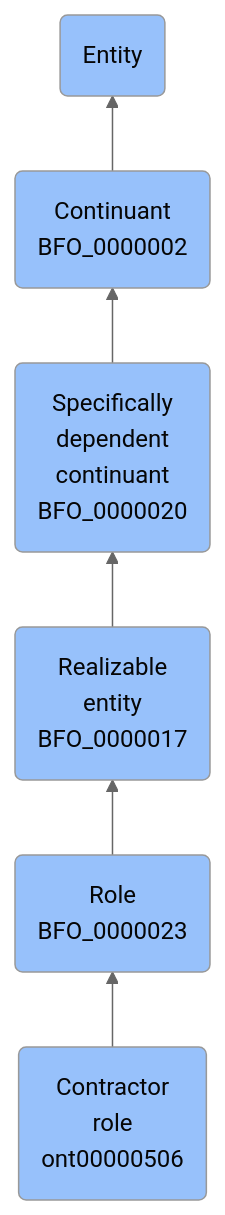
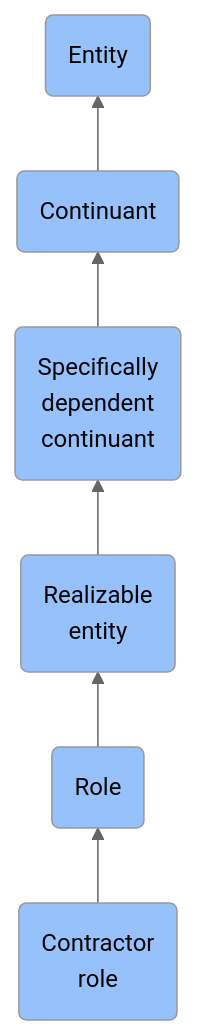
The diagram in docs/ontology/reference/model/Entity/Continuant/Specifically dependent continuant/Realizable entity/Role/Contractor role/Contractor role.md (jupyter-naas/abi), drawn with Mermaid (neutral theme) before and after one commit. The commit also changed other lines of this file and 1430 other files, not shown here.

````diff
--- a/docs/ontology/reference/model/Entity/Continuant/Specifically dependent continuant/Realizable entity/Role/Contractor role/Contractor role.md
+++ b/docs/ontology/reference/model/Entity/Continuant/Specifically dependent continuant/Realizable entity/Role/Contractor role/Contractor role.md
@@ -24,13 +24,13 @@
 ```mermaid
 graph BT
-    ont00000506(Contractor<br>role<br>ont00000506):::BFO-->BFO_0000023
-    BFO_0000023(Role<br>BFO_0000023):::BFO-->BFO_0000017
-    BFO_0000017(Realizable<br>entity<br>BFO_0000017):::BFO-->BFO_0000020
-    BFO_0000020(Specifically<br>dependent<br>continuant<br>BFO_0000020):::BFO-->BFO_0000002
-    BFO_0000002(Continuant<br>BFO_0000002):::BFO-->BFO_0000001
+    ont00000506(Contractor<br>role):::BFO-->BFO_0000023
+    BFO_0000023(Role):::BFO-->BFO_0000017
+    BFO_0000017(Realizable<br>entity):::BFO-->BFO_0000020
+    BFO_0000020(Specifically<br>dependent<br>continuant):::BFO-->BFO_0000002
+    BFO_0000002(Continuant):::BFO-->BFO_0000001
     BFO_0000001(Entity):::BFO
     
     classDef BFO fill:#97c1fb,color:#060606
     classDef CCO fill:#e4c51e,color:#060606
     classDef ABI fill:#48DD82,color:#060606
 ```
````
